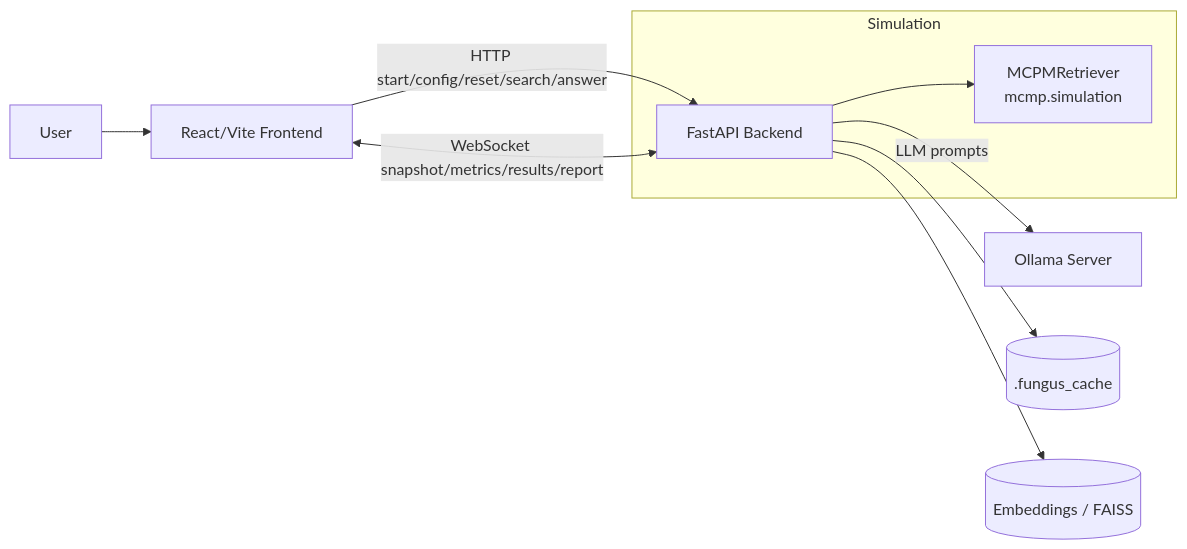
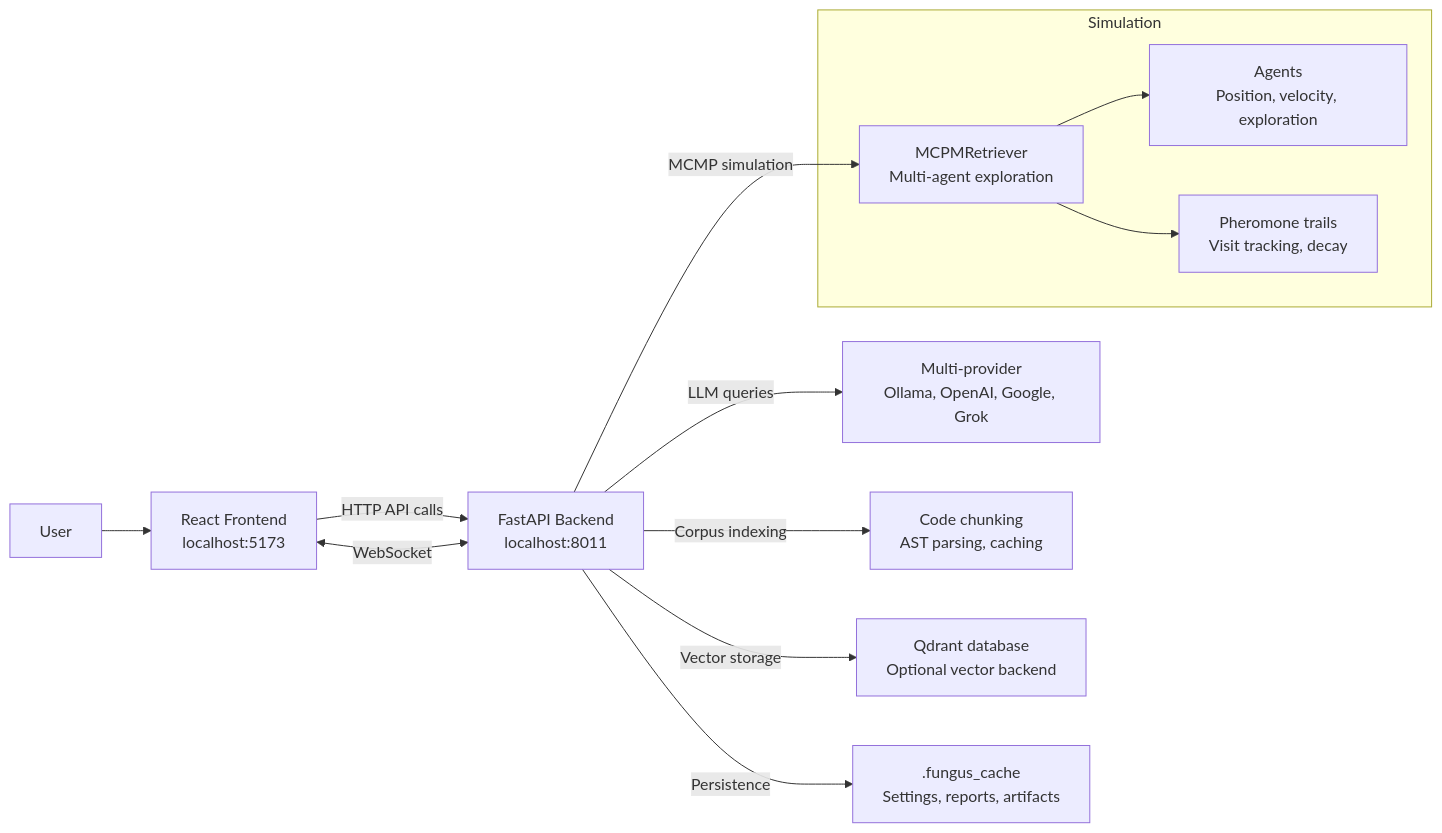
Before and after one commit to Flissel/la_fungus_search: the first of 3 diagrams in docs/mcmp_reporting_c4.md, drawn with Mermaid. The commit also changed other lines of this file and 5 other files, not shown here.

Commit message:
Refactor: Update architecture, docs, and config for React frontend

````diff
--- a/docs/mcmp_reporting_c4.md
+++ b/docs/mcmp_reporting_c4.md
@@ -5,13 +5,16 @@
 ```mermaid
 graph LR
-  user[User] --> FE[React/Vite Frontend]
-  FE -->|HTTP start/config/reset/search/answer| BE[FastAPI Backend]
-  FE <-->|WebSocket snapshot/metrics/results/report| BE
-  BE -->|LLM prompts| LLM[Ollama Server]
-  BE --> FS[(.fungus_cache)]
-  BE --> EMB[(Embeddings / FAISS)]
+  user[User] --> FE[React Frontend<br/>localhost:5173]
+  FE -->|HTTP API calls| BE[FastAPI Backend<br/>localhost:8011]
+  FE <-->|WebSocket| BE
+  BE -->|MCMP simulation| MCMP[MCPMRetriever<br/>Multi-agent exploration]
+  BE -->|LLM queries| LLM[Multi-provider<br/>Ollama, OpenAI, Google, Grok]
+  BE -->|Corpus indexing| CORPUS[Code chunking<br/>AST parsing, caching]
+  BE -->|Vector storage| QDRANT[Qdrant database<br/>Optional vector backend]
+  BE -->|Persistence| CACHE[.fungus_cache<br/>Settings, reports, artifacts]
 
   subgraph Simulation
-    BE --> RET[MCPMRetriever<br/>mcmp.simulation]
+    MCMP --> AGENTS[Agents<br/>Position, velocity, exploration]
+    MCMP --> PHEROMONES[Pheromone trails<br/>Visit tracking, decay]
   end
 ```
````
